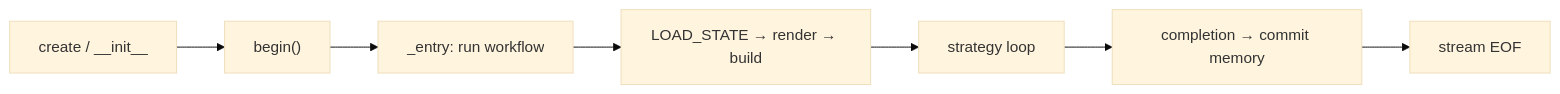
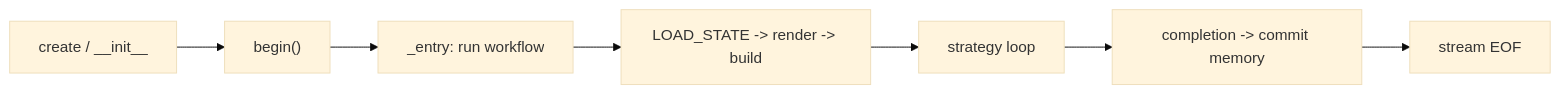
Before and after one commit to AmritaBot/AmritaCore: the second of 2 diagrams in docs/docs/guide/concepts/chat-object.md, drawn with Mermaid (base theme). The commit also changed other lines of this file and 89 other files, not shown here.

````diff
--- a/docs/docs/guide/concepts/chat-object.md
+++ b/docs/docs/guide/concepts/chat-object.md
@@ -28,9 +28,9 @@
 ```mermaid
 flowchart LR
     A["create / __init__"] --> B["begin()"]
     B --> C["_entry: run workflow"]
-    C --> D["LOAD_STATE → render → build"]
+    C --> D["LOAD_STATE -> render -> build"]
     D --> E["strategy loop"]
-    E --> F["completion → commit memory"]
+    E --> F["completion -> commit memory"]
     F --> G["stream EOF"]
 ```
````
